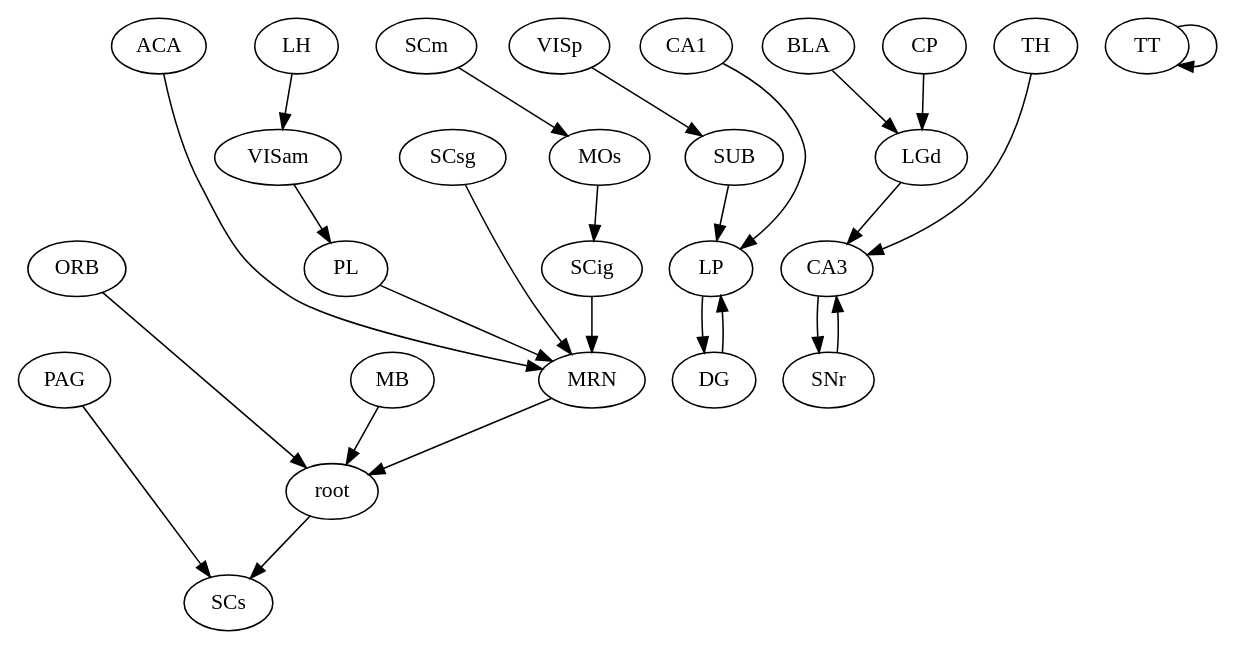
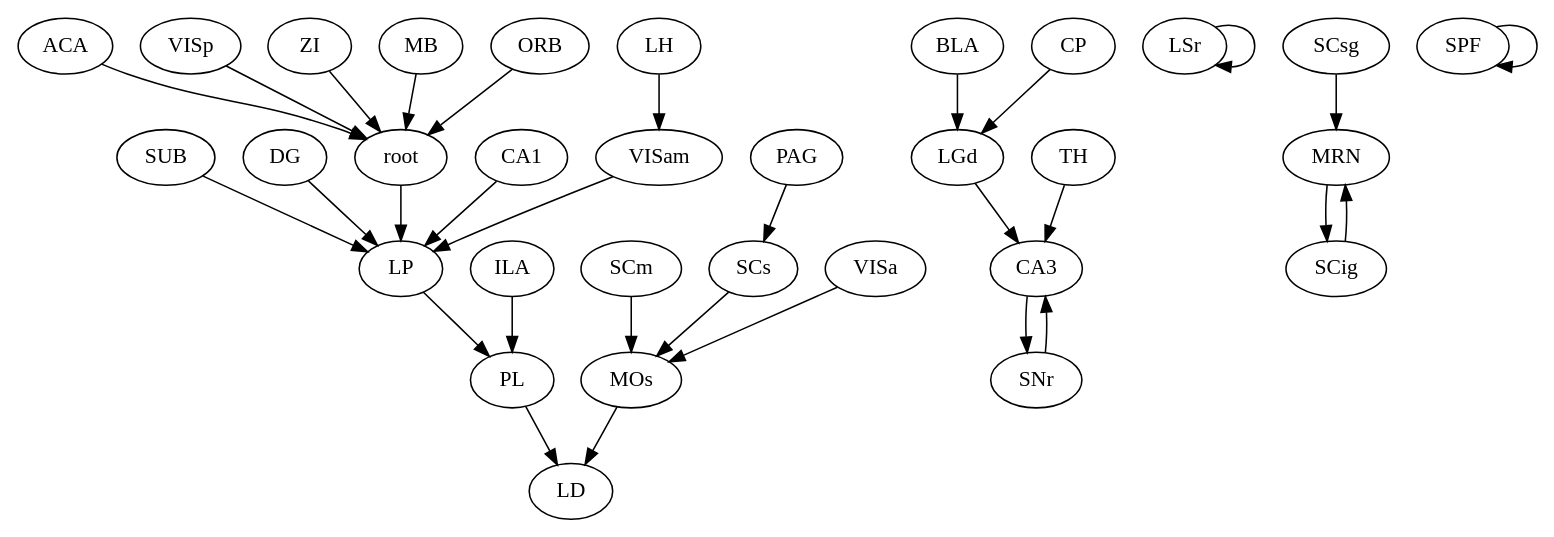
The diagram in final_visual/ip.dot (maryiii/FYI), drawn with Graphviz before and after one commit. The commit also changed 137 other files, not shown here.

```diff
--- a/final_visual/ip.dot
+++ b/final_visual/ip.dot
@@ -1,53 +1,63 @@
 digraph  {
-MOs;
-ACA;
-VISp;
-CA3;
-SUB;
-DG;
+MOs [region="non-visual cortex"];
+ACA [region="non-visual cortex"];
+VISp [region="visual cortex"];
+CA3 [region=hippocampal];
+SUB [region=hippocampal];
+DG [region=hippocampal];
 root;
-LGd;
-PL;
-CA1;
-VISam;
-LH;
-ORB;
-MRN;
-SCm;
-PAG;
-BLA;
-MB;
-TH;
-CP;
-SNr;
-LP;
-TT;
-SCsg;
-SCig;
-SCs;
-MOs -> SCig  [weight="0.03500323758535223"];
-ACA -> MRN  [weight="0.03870653815295456"];
-VISp -> SUB  [weight="0.04285384339127675"];
-CA3 -> SNr  [weight="0.046291488443540106"];
-SUB -> LP  [weight="0.015869911386864412"];
-DG -> LP  [weight="0.018866424099477228"];
-root -> SCs  [weight="0.044788389402799944"];
-LGd -> CA3  [weight="0.03376975371997297"];
-PL -> MRN  [weight="0.01770093088010144"];
-CA1 -> LP  [weight="0.005474700890574587"];
-VISam -> PL  [weight="0.008372789340906414"];
-LH -> VISam  [weight="0.019752465272894516"];
-ORB -> root  [weight="0.045508610275319966"];
-MRN -> root  [weight="0.008971967048706193"];
-SCm -> MOs  [weight="0.023656323849336934"];
-PAG -> SCs  [weight="0.031513150910538"];
-BLA -> LGd  [weight="0.00974174094991773"];
-MB -> root  [weight="0.03683238963716088"];
-TH -> CA3  [weight="0.048122415626359105"];
-CP -> LGd  [weight="0.01401837569379968"];
-SNr -> CA3  [weight="0.02918919815764937"];
-LP -> DG  [weight="0.03786307858774304"];
-TT -> TT  [weight="0.049865992253928085"];
-SCsg -> MRN  [weight="0.03168223006839043"];
-SCig -> MRN  [weight="0.018919027471800604"];
+LSr [region="basal ganglia"];
+LGd [region=thalamus];
+PL [region="non-visual cortex"];
+CA1 [region=hippocampal];
+VISam [region="visual cortex"];
+LH [region=thalamus];
+ZI [region=midbrain];
+MB [region=midbrain];
+SCm [region=midbrain];
+MRN [region=midbrain];
+SCs [region=midbrain];
+ORB [region="non-visual cortex"];
+PAG [region=midbrain];
+BLA [region="cortical subplate"];
+TH [region=thalamus];
+CP [region="basal ganglia"];
+SNr [region="basal ganglia"];
+LP [region=thalamus];
+SPF [region=thalamus];
+SCsg [region=midbrain];
+SCig [region=midbrain];
+ILA [region="non-visual cortex"];
+VISa [region="visual cortex"];
+LD [region=thalamus];
+MOs -> LD  [weight="5.145457115443183"];
+ACA -> root  [weight="3.2137561452014776"];
+VISp -> root  [weight="2.806943792939104"];
+CA3 -> SNr  [weight="3.142828044420323"];
+SUB -> LP  [weight="4.697288323058277"];
+DG -> LP  [weight="3.243004198531366"];
+root -> LP  [weight="2.4019127951779793"];
+LSr -> LSr  [weight="4.599409449567858"];
+LGd -> CA3  [weight="2.994359573861045"];
+PL -> LD  [weight="5.864578569491164"];
+CA1 -> LP  [weight="3.342727829636606"];
+VISam -> LP  [weight="2.4508577971040726"];
+LH -> VISam  [weight="8.566244747881763"];
+ZI -> root  [weight="3.68125312398449"];
+MB -> root  [weight="2.571812223101423"];
+SCm -> MOs  [weight="3.648783763957875"];
+MRN -> SCig  [weight="3.6019244852298122"];
+SCs -> MOs  [weight="4.002558911622785"];
+ORB -> root  [weight="3.8492517590980335"];
+PAG -> SCs  [weight="3.6330035075056797"];
+BLA -> LGd  [weight="20.654495294007837"];
+TH -> CA3  [weight="2.475151502519764"];
+CP -> LGd  [weight="12.479449099884244"];
+SNr -> CA3  [weight="3.430391125956292"];
+LP -> PL  [weight="5.282494499214765"];
+SPF -> SPF  [weight="18.95342958969443"];
+SCsg -> MRN  [weight="2.6774000229102297"];
+SCig -> MRN  [weight="3.9926384593608395"];
+ILA -> PL  [weight="4.16994366636711"];
+VISa -> MOs  [weight="3.466213376759412"];
 }
```
